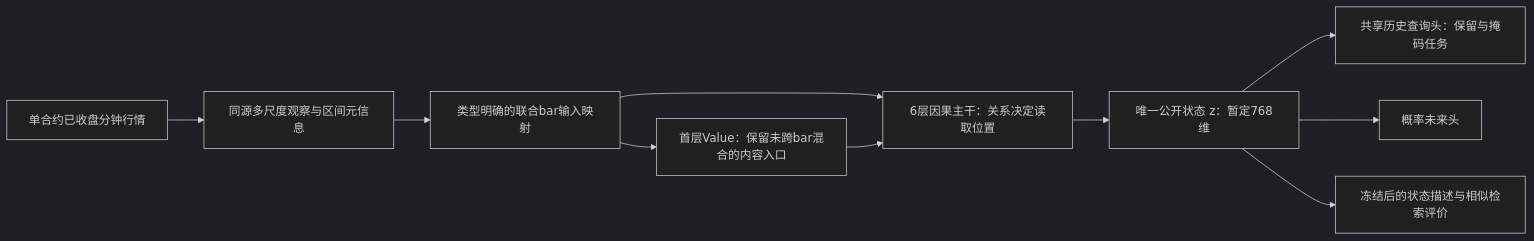
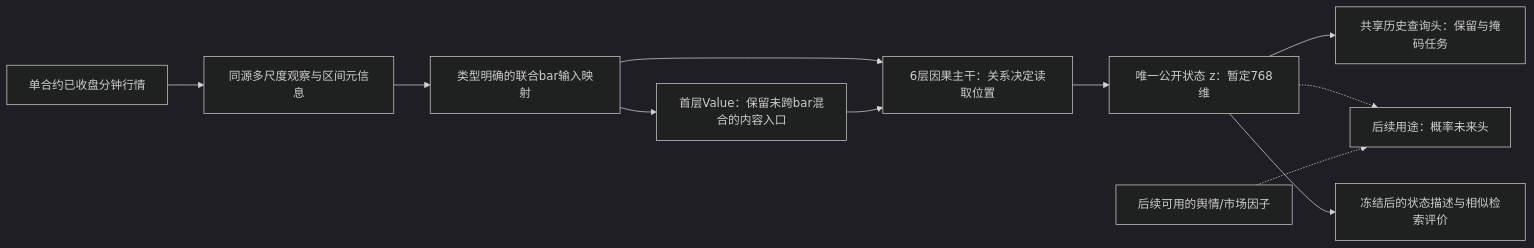
One commit to BardanYu2025/obson changed the diagram in docs/babel/BABEL_ROADMAP.md. Above: the diagram before and after it, drawn with Mermaid (dark theme). The commit also changed other lines of this file and 4 other files, not shown here.

````diff
--- a/docs/babel/BABEL_ROADMAP.md
+++ b/docs/babel/BABEL_ROADMAP.md
@@ -171,12 +183,13 @@
 ```mermaid
 flowchart LR
   X["单合约已收盘分钟行情"] --> V["同源多尺度观察与区间元信息"]
   V --> E["类型明确的联合bar输入映射"]
   E --> T["6层因果主干：关系决定读取位置"]
   E --> R["首层Value：保留未跨bar混合的内容入口"]
   R --> T
   T --> Z["唯一公开状态 z：暂定768维"]
   Z --> D["共享历史查询头：保留与掩码任务"]
-  Z --> P["概率未来头"]
+  Z -.-> P["后续用途：概率未来头"]
+  F["后续可用的舆情/市场因子"] -.-> P
   Z --> U["冻结后的状态描述与相似检索评价"]
 ```
````
